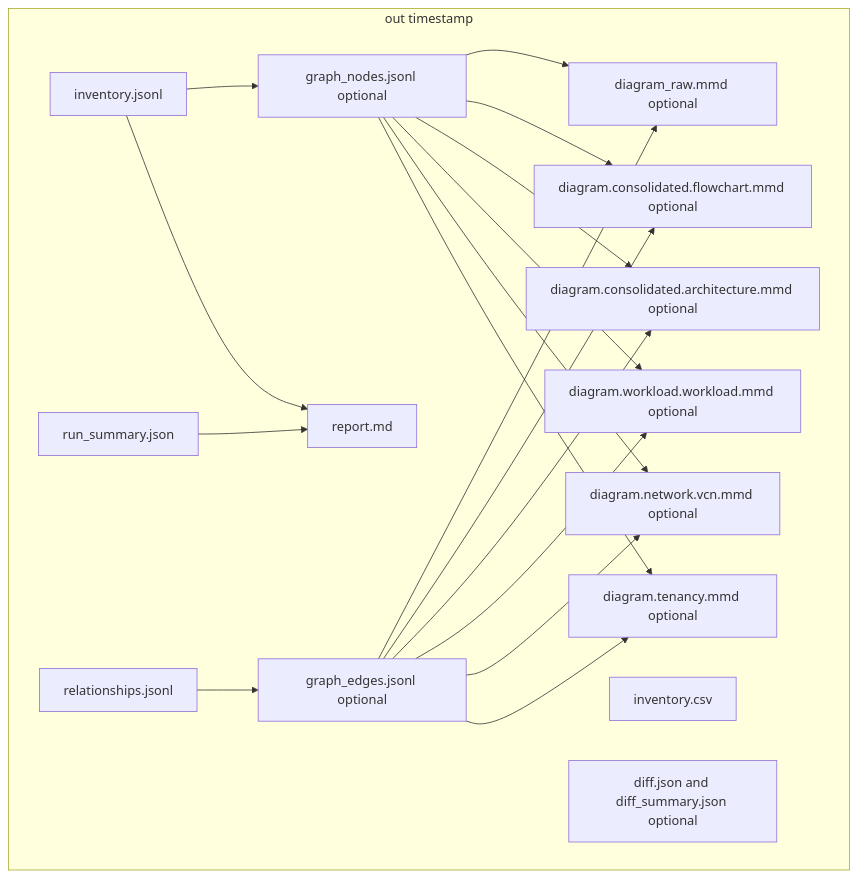
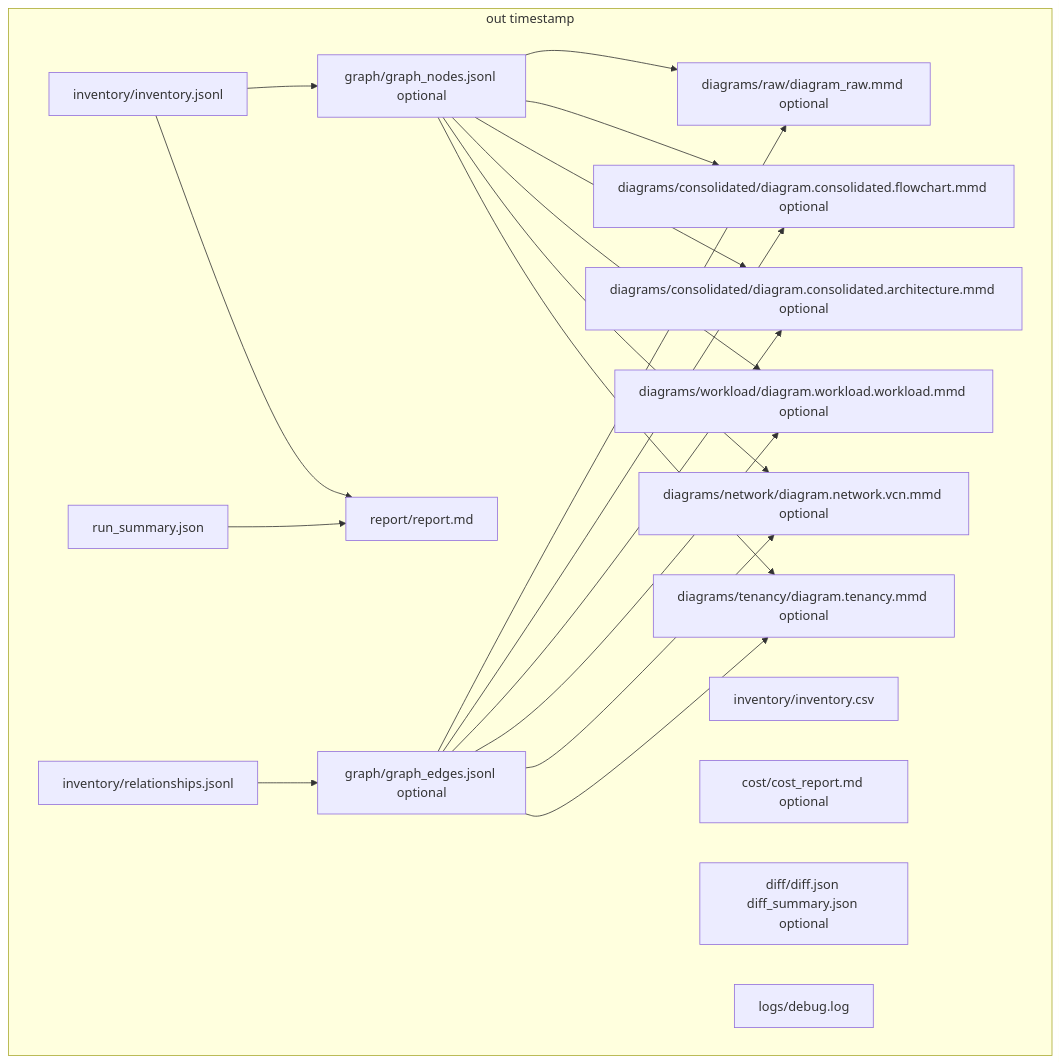
The second of 2 diagrams in inventory/README.md (javierchan/oci), drawn with Mermaid before and after one commit. The commit also changed other lines of this file and 19 other files, not shown here.

````diff
--- a/inventory/README.md
+++ b/inventory/README.md
@@ -366,35 +366,37 @@
 ```mermaid
 flowchart TB
 subgraph out_ts[out timestamp]
-    inv[inventory.jsonl]
-    csv[inventory.csv]
-    rel[relationships.jsonl]
-    nodes[graph_nodes.jsonl optional]
-    edges[graph_edges.jsonl optional]
-    raw[diagram_raw.mmd optional]
-    ten[diagram.tenancy.mmd optional]
-    net[diagram.network.vcn.mmd optional]
-    wl[diagram.workload.workload.mmd optional]
-    cons[diagram.consolidated.architecture.mmd optional]
-    cons_fc[diagram.consolidated.flowchart.mmd optional]
-    rpt[report.md]
+    inv[inventory/inventory.jsonl]
+    csv[inventory/inventory.csv]
+    rel[inventory/relationships.jsonl]
+    nodes[graph/graph_nodes.jsonl optional]
+    edges[graph/graph_edges.jsonl optional]
+    raw[diagrams/raw/diagram_raw.mmd optional]
+    ten[diagrams/tenancy/diagram.tenancy.mmd optional]
+    net[diagrams/network/diagram.network.vcn.mmd optional]
+    wl[diagrams/workload/diagram.workload.workload.mmd optional]
+    cons[diagrams/consolidated/diagram.consolidated.architecture.mmd optional]
+    cons_fc[diagrams/consolidated/diagram.consolidated.flowchart.mmd optional]
+    rpt[report/report.md]
     sum[run_summary.json]
-    diff[diff.json and diff_summary.json optional]
+    cost[cost/cost_report.md optional]
+    diff[diff/diff.json diff_summary.json optional]
+    log[logs/debug.log]
   end
   inv --> rpt
   sum --> rpt
   inv --> nodes
   rel --> edges
   nodes --> ten
   edges --> ten
   nodes --> net
   edges --> net
   nodes --> wl
   edges --> wl
   nodes --> cons
   edges --> cons
   nodes --> cons_fc
   edges --> cons_fc
   nodes --> raw
   edges --> raw
 ```
````
